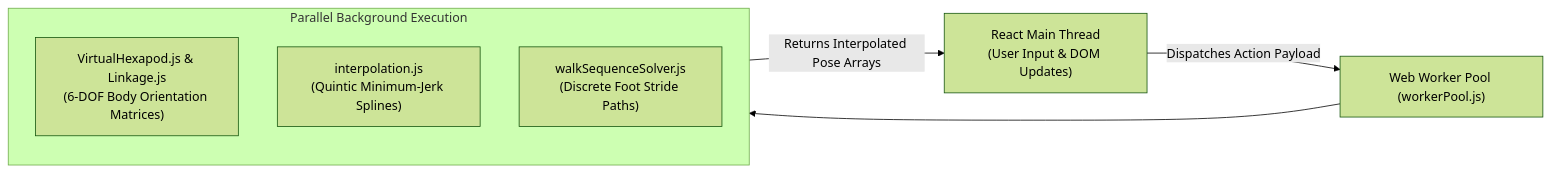
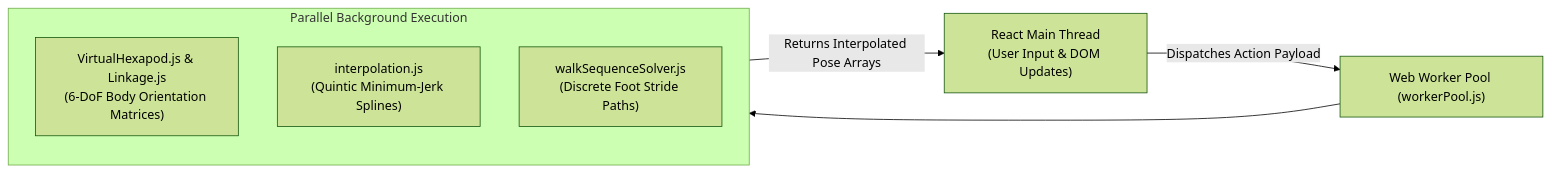
Before and after one commit to GrrGrrMan/spider-blog: the third of 4 diagrams in src/content/docs/07-web-3d-dashboard.md, drawn with Mermaid (forest theme). The commit also changed other lines of this file and 39 other files, not shown here.

````diff
--- a/src/content/docs/07-web-3d-dashboard.md
+++ b/src/content/docs/07-web-3d-dashboard.md
@@ -84,13 +84,13 @@
 ```mermaid
 flowchart LR
     MAIN["React Main Thread<br/>(User Input & DOM Updates)"] -->|Dispatches Action Payload| POOL["Web Worker Pool (workerPool.js)"]
     
     subgraph BackgroundCalculations ["Parallel Background Execution"]
-        IK_CALC["VirtualHexapod.js & Linkage.js<br/>(6-DOF Body Orientation Matrices)"]
+        IK_CALC["VirtualHexapod.js & Linkage.js<br/>(6-DoF Body Orientation Matrices)"]
         EASING_CALC["interpolation.js<br/>(Quintic Minimum-Jerk Splines)"]
         WALK_SOLVER["walkSequenceSolver.js<br/>(Discrete Foot Stride Paths)"]
     end
 
     POOL --> BackgroundCalculations
     BackgroundCalculations -->|Returns Interpolated Pose Arrays| MAIN
 ```
````
